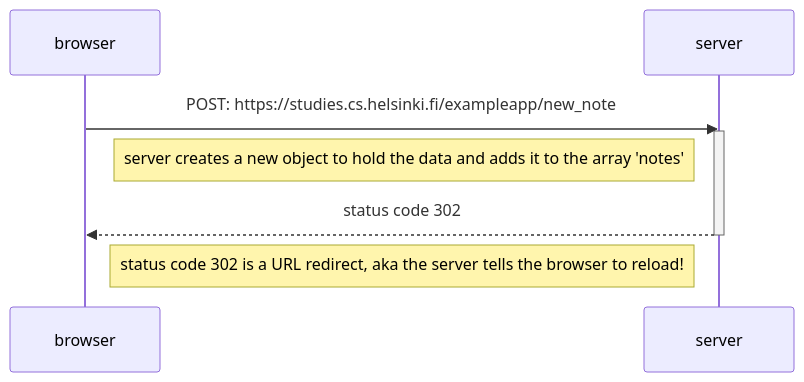
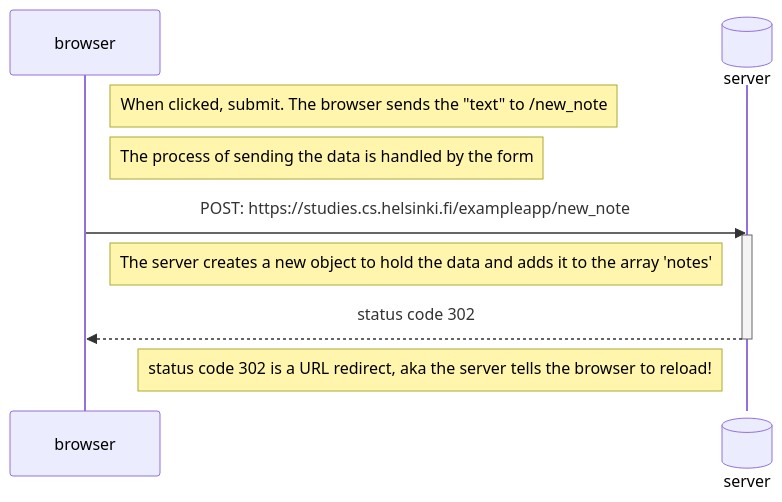
Before and after one commit to SillyLix/UNI_Hel_full_stack: the diagram in Part_0/Task_0.4_New_Note_Diagram/new_note_diagram.md, drawn with Mermaid.

Commit message:
Update new_note_diagram with detailed sequence

````diff
--- a/Part_0/Task_0.4_New_Note_Diagram/new_note_diagram.md
+++ b/Part_0/Task_0.4_New_Note_Diagram/new_note_diagram.md
@@ -1,13 +1,15 @@
 ```mermaid
   sequenceDiagram
     participant browser
-    participant server
+    participant server@{ "type": "database" }
 
+    note right of browser: When clicked, submit. The browser sends the "text" to /new_note
+    note right of browser: The process of sending the data is handled by the form
     browser ->> server: POST: https://studies.cs.helsinki.fi/exampleapp/new_note
     activate server
-    Note left of server:  server creates a new object to hold the data and adds it to the array 'notes'
+    Note left of server: The  server creates a new object to hold the data and adds it to the array 'notes'
     server -->> browser: status code 302
     deactivate server
     Note left of server:  status code 302 is a URL redirect, aka the server tells the browser to reload!
 
 ```
````
